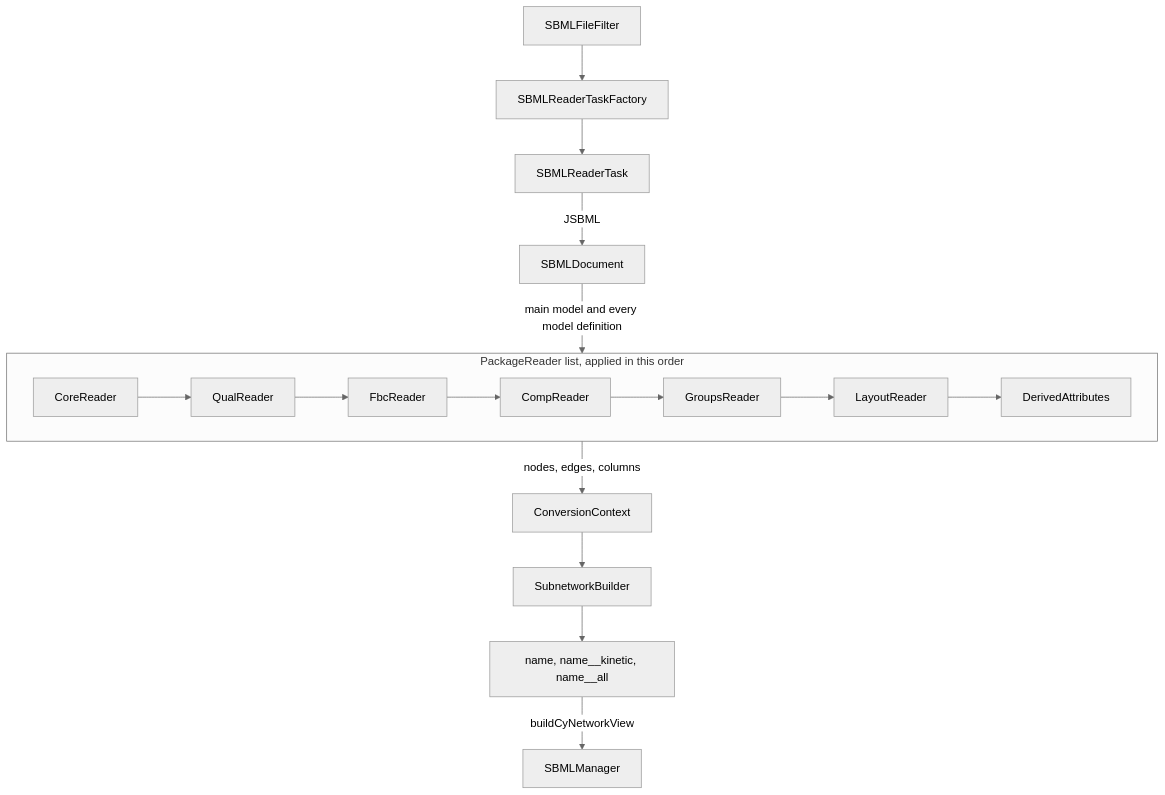
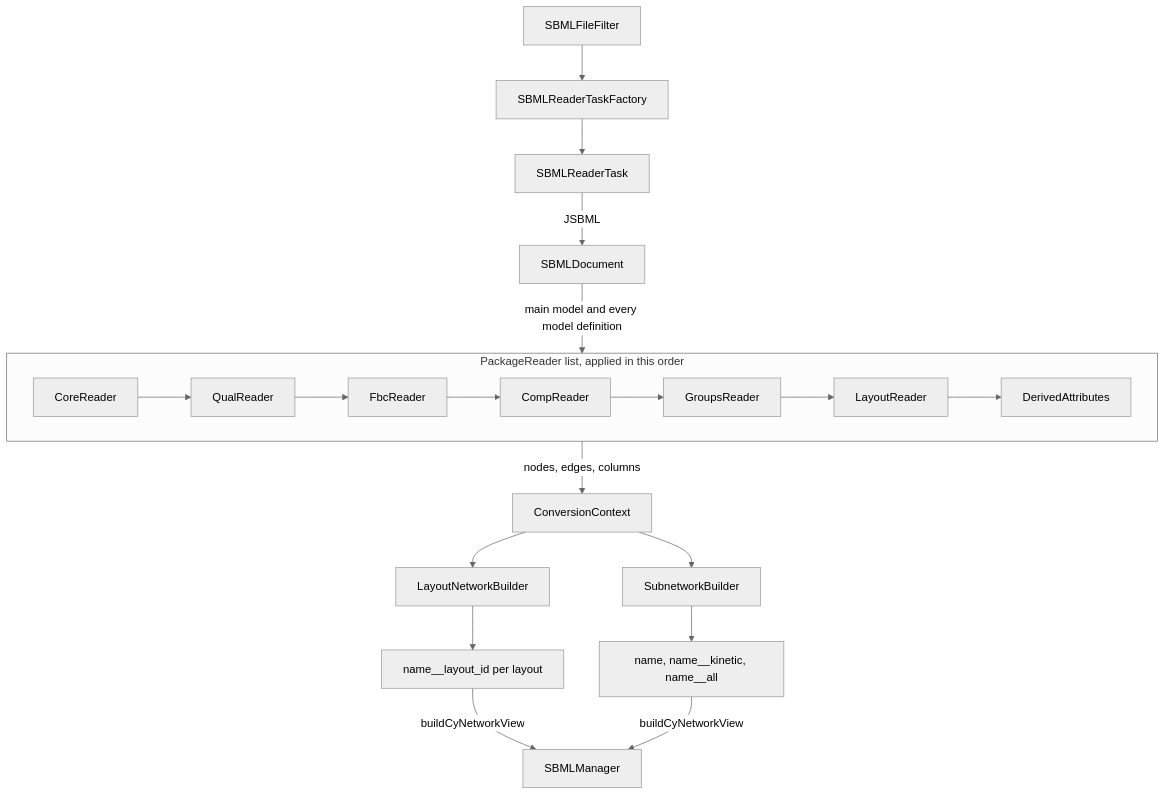
Before and after one commit to matthiaskoenig/cy3sbml: the second of 2 diagrams in docs/development/architecture.md, drawn with Mermaid (neutral theme). The commit also changed other lines of this file and 8 other files, not shown here.

````diff
--- a/docs/development/architecture.md
+++ b/docs/development/architecture.md
@@ -67,15 +67,18 @@
 ```mermaid
 flowchart TB
     F[SBMLFileFilter] --> RF[SBMLReaderTaskFactory]
     RF --> T[SBMLReaderTask]
     T -->|JSBML| D[SBMLDocument]
     D -->|main model and every model definition| PR
     subgraph PR [PackageReader list, applied in this order]
         direction LR
         C[CoreReader] --> Q[QualReader] --> FB[FbcReader] --> CO[CompReader] --> G[GroupsReader] --> L[LayoutReader] --> DA[DerivedAttributes]
     end
     PR -->|nodes, edges, columns| CC[ConversionContext]
     CC --> SB[SubnetworkBuilder]
     SB --> N["name, name__kinetic, name__all"]
+    CC --> LB[LayoutNetworkBuilder]
+    LB --> LN["name__layout_id per layout"]
+    LN -->|buildCyNetworkView| SM
     N -->|buildCyNetworkView| SM[SBMLManager]
 ```
````
